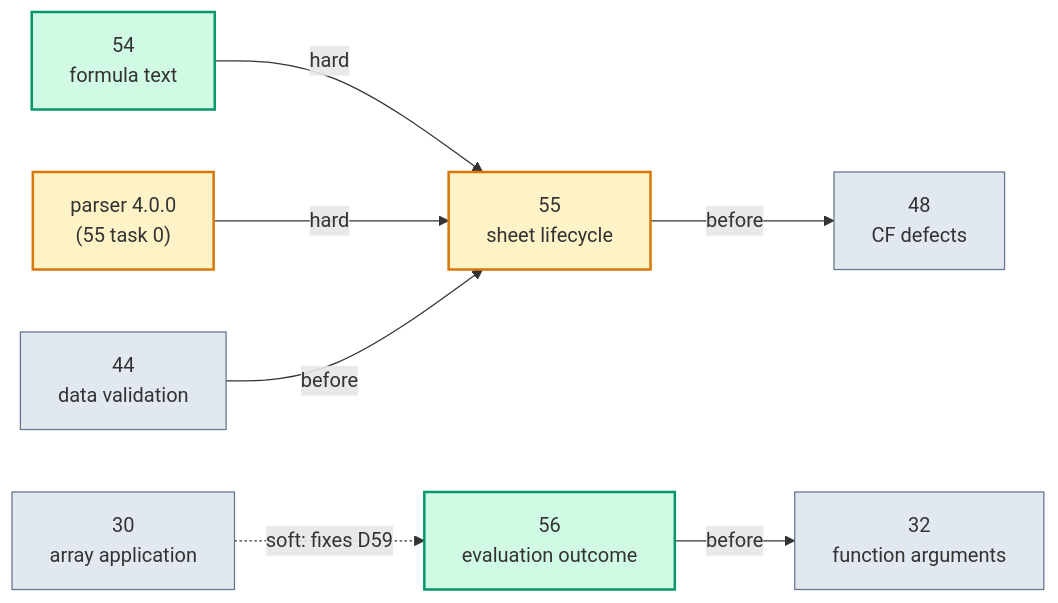
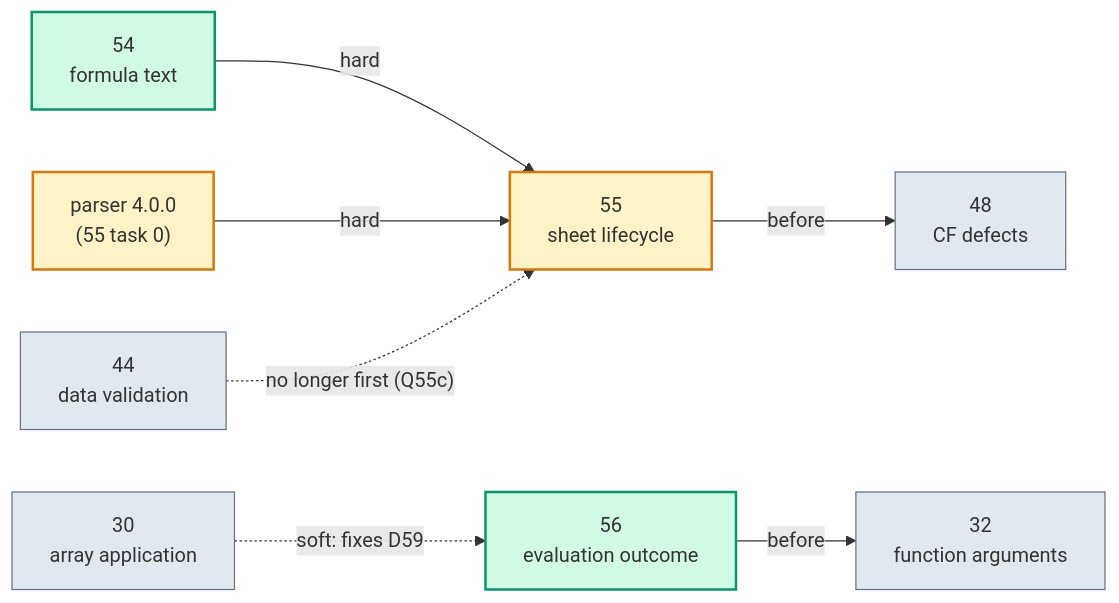
Before and after one commit to XLibur/XLibur: the diagram in docs/specs/TASKLIST-architecture-deepening-4.md, drawn with Mermaid. The commit also changed other lines of this file and 4 other files, not shown here.

````diff
--- a/docs/specs/TASKLIST-architecture-deepening-4.md
+++ b/docs/specs/TASKLIST-architecture-deepening-4.md
@@ -128,22 +162,22 @@
 ```mermaid
 flowchart LR
   P["parser 4.0.0<br/>(55 task 0)"]:::blocked
   S54["54<br/>formula text"]:::ready
   S55["55<br/>sheet lifecycle"]:::blocked
   S56["56<br/>evaluation outcome"]:::ready
   S44["44<br/>data validation"]:::other
   S48["48<br/>CF defects"]:::other
   S32["32<br/>function arguments"]:::other
   S30["30<br/>array application"]:::other
 
   S54 -->|hard| S55
   P -->|hard| S55
-  S44 -->|"before"| S55
+  S44 -.->|"no longer first (Q55c)"| S55
   S55 -->|"before"| S48
   S56 -->|"before"| S32
   S30 -.->|"soft: fixes D59"| S56
 
   classDef ready fill:#d1fae5,stroke:#059669,stroke-width:2px;
   classDef blocked fill:#fef3c7,stroke:#d97706,stroke-width:2px;
   classDef other fill:#e2e8f0,stroke:#64748b,stroke-width:1px;
 ```
````
